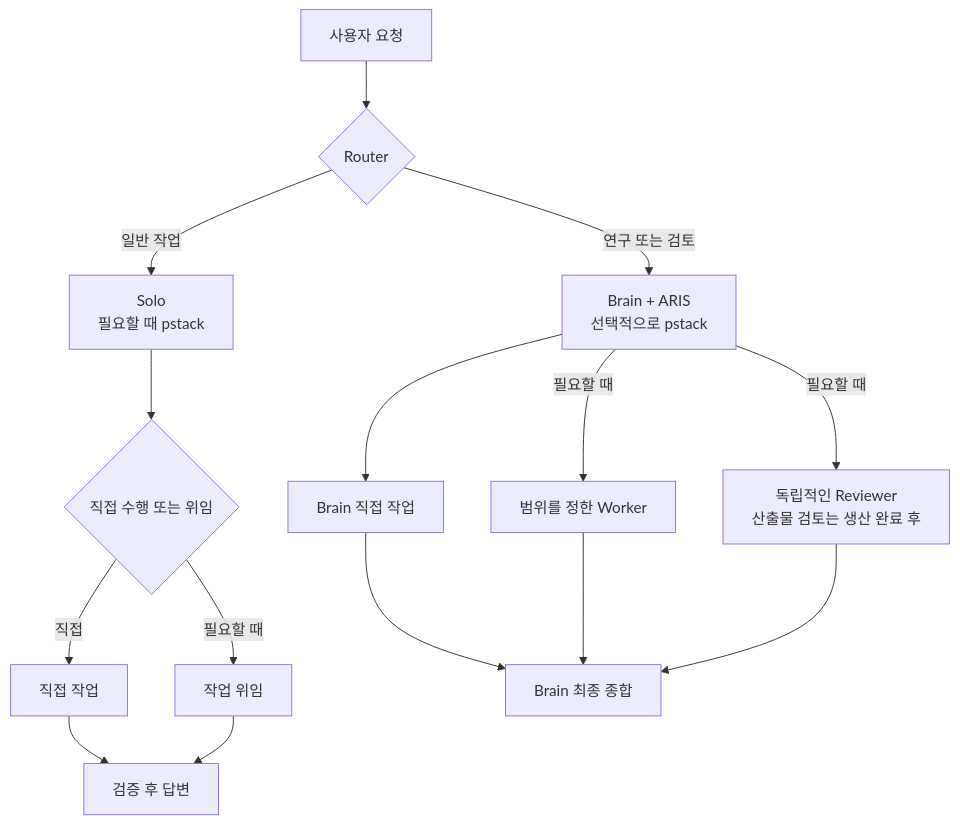
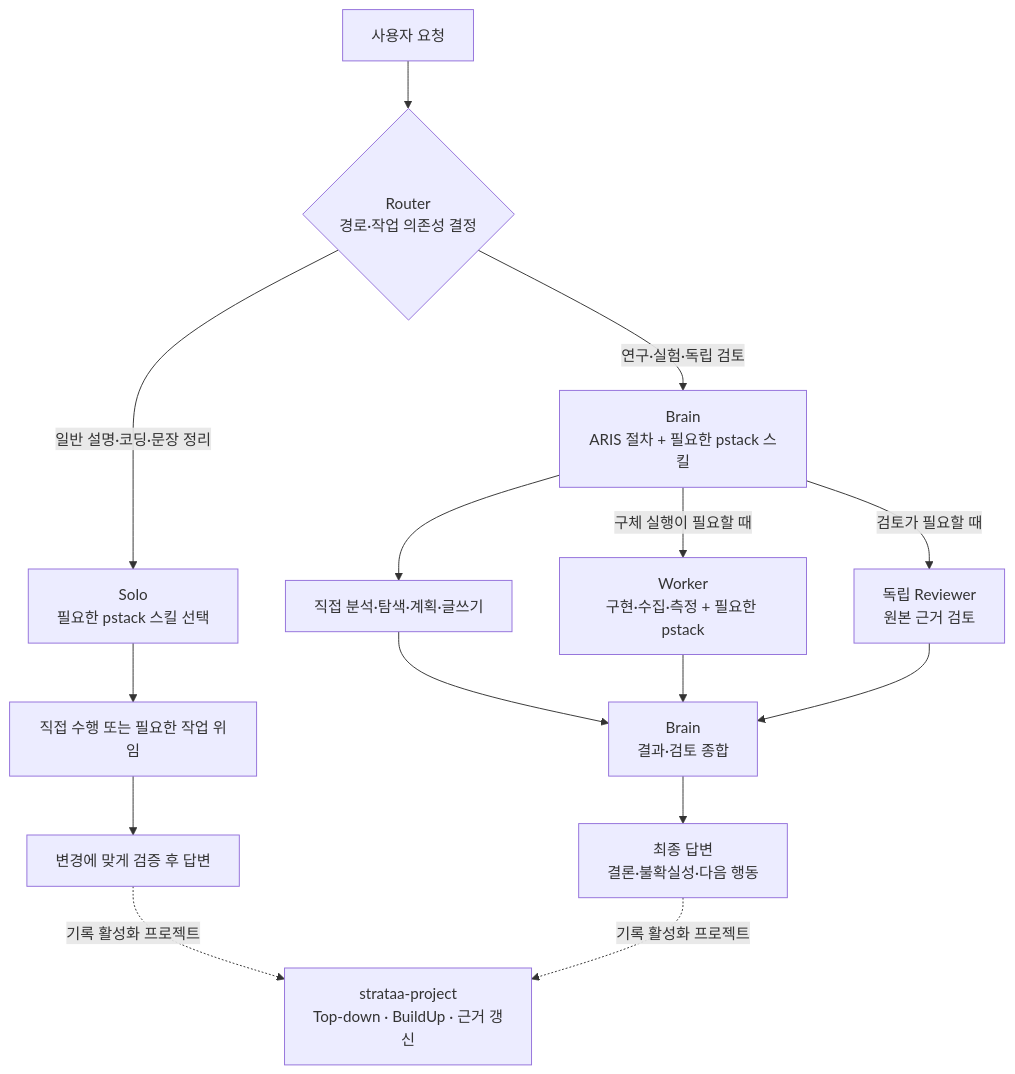
Before and after one commit to myunhh/Strataa: the diagram in figures/workflow-ko.mmd, drawn with Mermaid. The commit also changed 5 other files, not shown here.

```diff
--- a/figures/workflow-ko.mmd
+++ b/figures/workflow-ko.mmd
@@ -1,15 +1,19 @@
 flowchart TD
-    request["사용자 요청"] --> router{"Router"}
-    router -->|일반 작업| solo["Solo<br/>필요할 때 pstack"]
-    solo --> soloChoice{"직접 수행 또는 위임"}
-    soloChoice -->|직접| soloDirect["직접 작업"]
-    soloChoice -->|필요할 때| soloDelegate["작업 위임"]
-    soloDirect --> soloAnswer["검증 후 답변"]
-    soloDelegate --> soloAnswer
-    router -->|연구 또는 검토| brain["Brain + ARIS<br/>선택적으로 pstack"]
-    brain --> brainDirect["Brain 직접 작업"]
-    brain -->|필요할 때| worker["범위를 정한 Worker"]
-    brain -->|필요할 때| reviewer["독립적인 Reviewer<br/>산출물 검토는 생산 완료 후"]
-    brainDirect --> synthesis["Brain 최종 종합"]
+    request["사용자 요청"] --> router{"Router<br/>경로·작업 의존성 결정"}
+
+    router -->|일반 설명·코딩·문장 정리| solo["Solo<br/>필요한 pstack 스킬 선택"]
+    solo --> soloWork["직접 수행 또는 필요한 작업 위임"]
+    soloWork --> soloAnswer["변경에 맞게 검증 후 답변"]
+
+    router -->|연구·실험·독립 검토| brain["Brain<br/>ARIS 절차 + 필요한 pstack 스킬"]
+    brain --> direct["직접 분석·탐색·계획·글쓰기"]
+    brain -->|구체 실행이 필요할 때| worker["Worker<br/>구현·수집·측정 + 필요한 pstack"]
+    brain -->|검토가 필요할 때| reviewer["독립 Reviewer<br/>원본 근거 검토"]
+
+    direct --> synthesis["Brain<br/>결과·검토 종합"]
     worker --> synthesis
     reviewer --> synthesis
+    synthesis --> researchAnswer["최종 답변<br/>결론·불확실성·다음 행동"]
+
+    soloAnswer -. 기록 활성화 프로젝트 .-> records["strataa-project<br/>Top-down · BuildUp · 근거 갱신"]
+    researchAnswer -. 기록 활성화 프로젝트 .-> records
```
